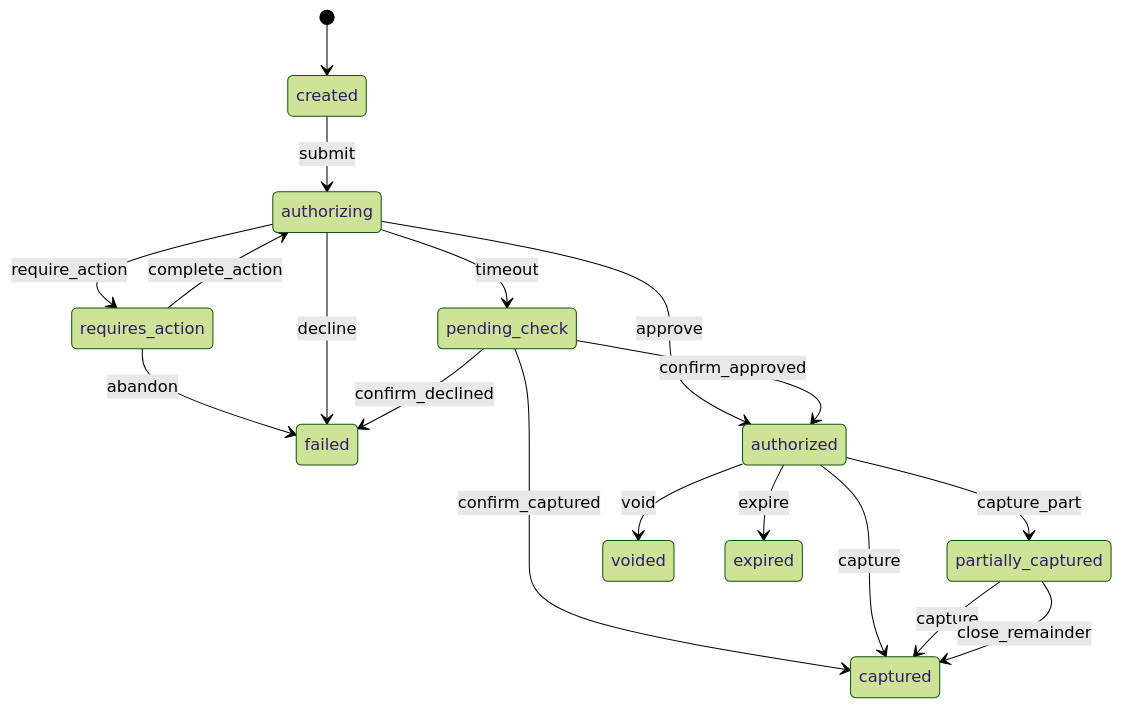
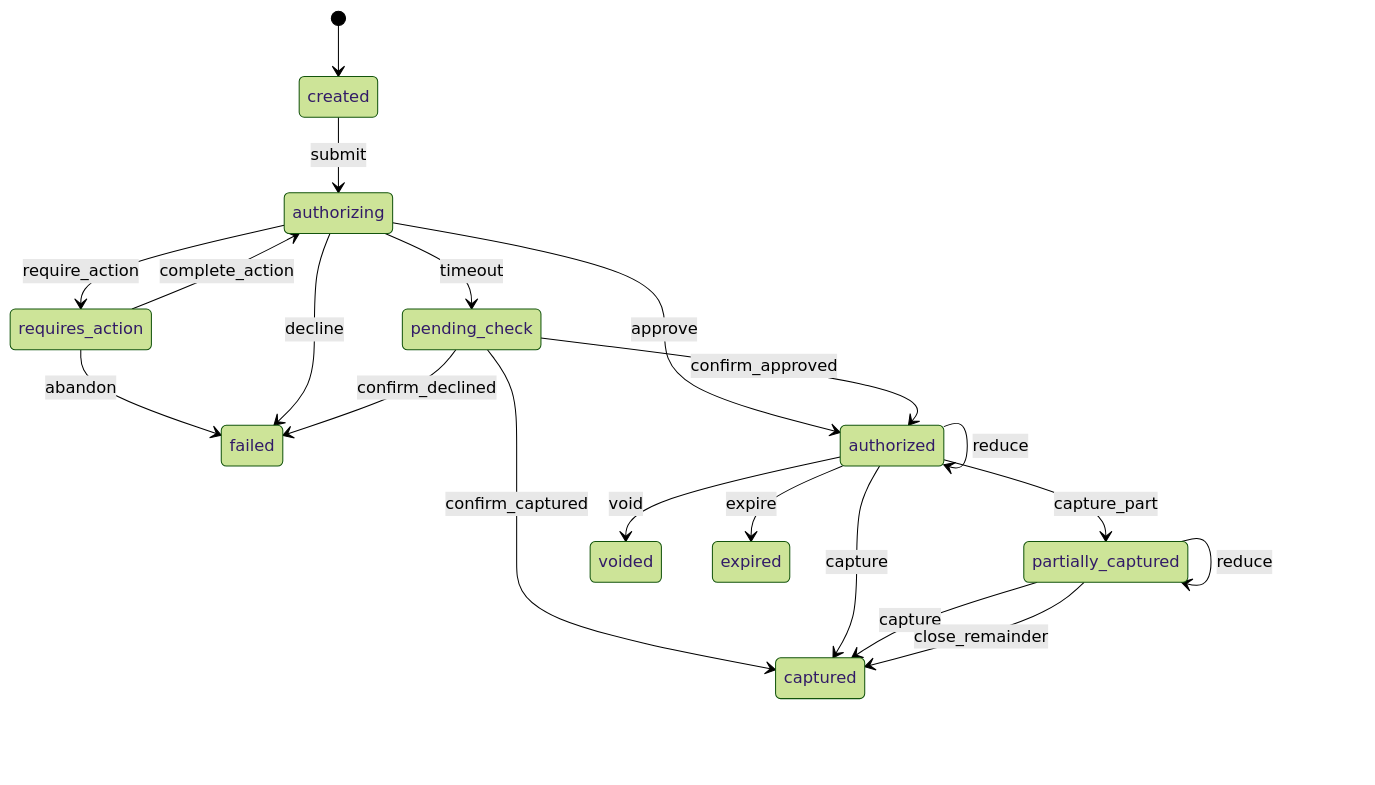
The first of 3 diagrams in backend/src/modules/payments/README.md (Virus-777/ecommerce), drawn with Mermaid (forest theme) before and after one commit. The commit also changed other lines of this file and 66 other files, not shown here.

````diff
--- a/backend/src/modules/payments/README.md
+++ b/backend/src/modules/payments/README.md
@@ -479,20 +480,22 @@
 ```mermaid
 stateDiagram-v2
   [*] --> created
   created --> authorizing: submit
   authorizing --> requires_action: require_action
   requires_action --> authorizing: complete_action
   requires_action --> failed: abandon
   authorizing --> authorized: approve
   authorizing --> failed: decline
   authorizing --> pending_check: timeout
   pending_check --> authorized: confirm_approved
   pending_check --> captured: confirm_captured
   pending_check --> failed: confirm_declined
   authorized --> captured: capture
   authorized --> partially_captured: capture_part
   partially_captured --> captured: capture
   partially_captured --> captured: close_remainder
   authorized --> voided: void
   authorized --> expired: expire
+  authorized --> authorized: reduce
+  partially_captured --> partially_captured: reduce
 ```
````
